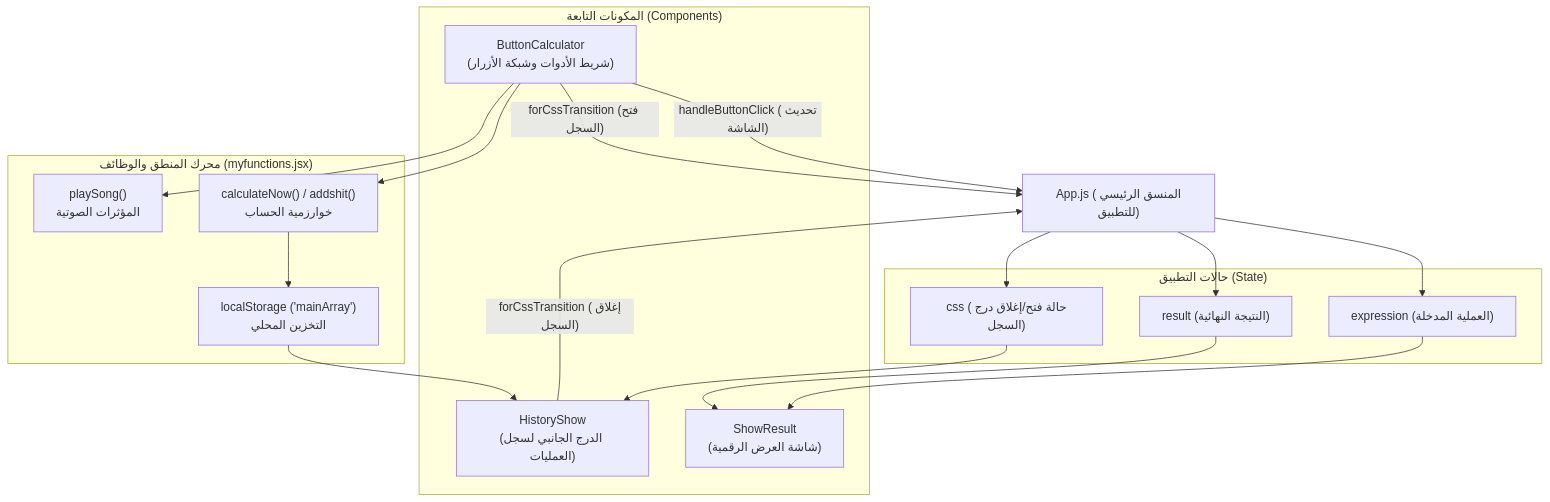
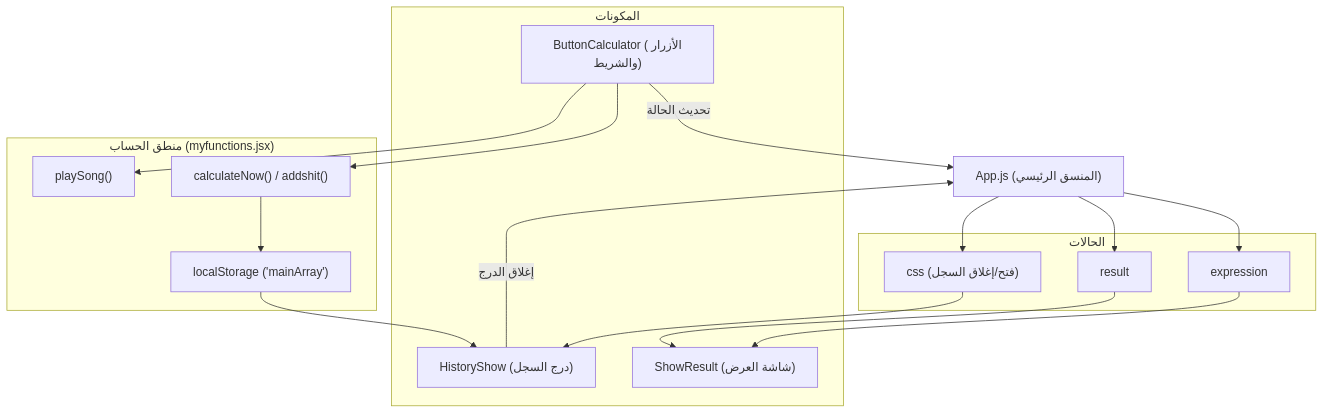
Before and after one commit to DragonXRX/calculator: the first of 3 diagrams in README.ar.md, drawn with Mermaid. The commit also changed other lines of this file and 1 other file, not shown here.

````diff
--- a/README.ar.md
+++ b/README.ar.md
@@ -103,34 +59,30 @@
 ```mermaid
 flowchart TD
-    App["App.js (المنسق الرئيسي للتطبيق)"]
+    App["App.js (المنسق الرئيسي)"]
     
-    subgraph State["حالات التطبيق (State)"]
-        Expr["expression (العملية المدخلة)"]
-        Res["result (النتيجة النهائية)"]
-        CssDrawer["css (حالة فتح/إغلاق درج السجل)"]
+    subgraph State["الحالات"]
+        Expr["expression"]
+        Res["result"]
+        CssDrawer["css (فتح/إغلاق السجل)"]
     end
     
-    subgraph Components["المكونات التابعة (Components)"]
-        ShowResult["ShowResult<br/>(شاشة العرض الرقمية)"]
-        ButtonCalc["ButtonCalculator<br/>(شريط الأدوات وشبكة الأزرار)"]
-        HistoryShow["HistoryShow<br/>(الدرج الجانبي لسجل العمليات)"]
+    subgraph UI["المكونات"]
+        ShowResult["ShowResult (شاشة العرض)"]
+        ButtonCalc["ButtonCalculator (الأزرار والشريط)"]
+        HistoryShow["HistoryShow (درج السجل)"]
     end
     
-    subgraph LogicLayer["محرك المنطق والوظائف (myfunctions.jsx)"]
-        Calc["calculateNow() / addshit()<br/>خوارزمية الحساب"]
-        Storage["localStorage ('mainArray')<br/>التخزين المحلي"]
-        Audio["playSong()<br/>المؤثرات الصوتية"]
+    subgraph Engine["منطق الحساب (myfunctions.jsx)"]
+        Calc["calculateNow() / addshit()"]
+        Storage["localStorage ('mainArray')"]
+        Audio["playSong()"]
     end
 
     App --> Expr & Res & CssDrawer
     Expr & Res --> ShowResult
     CssDrawer --> HistoryShow
-    ButtonCalc -- "handleButtonClick (تحديث الشاشة)" --> App
-    ButtonCalc -- "forCssTransition (فتح السجل)" --> App
-    HistoryShow -- "forCssTransition (إغلاق السجل)" --> App
-    
-    ButtonCalc --> Calc
-    ButtonCalc --> Audio
-    Calc --> Storage
-    Storage --> HistoryShow
+    ButtonCalc -- "تحديث الحالة" --> App
+    HistoryShow -- "إغلاق الدرج" --> App
+    ButtonCalc --> Calc & Audio
+    Calc --> Storage --> HistoryShow
 ```
````
